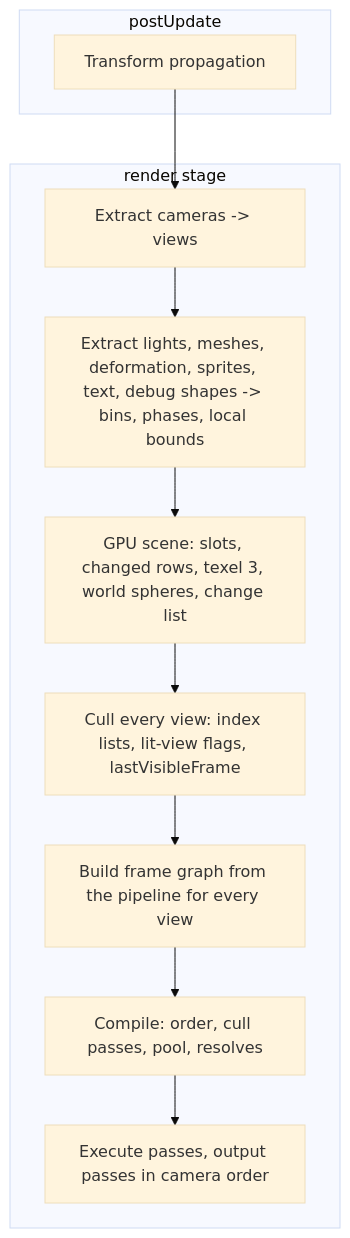
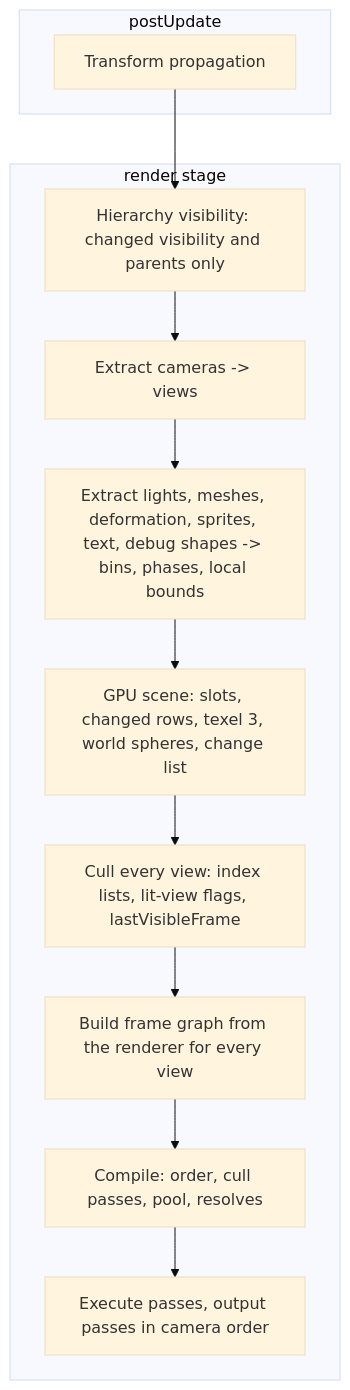
One commit to Forge-Game-Engine/Forge changed the diagram in design/3d/06-render-pipeline.md. Above: the diagram before and after it, drawn with Mermaid (base theme). The commit also changed other lines of this file and 16 other files, not shown here.

````diff
--- a/design/3d/06-render-pipeline.md
+++ b/design/3d/06-render-pipeline.md
@@ -252,16 +260,17 @@
 ```mermaid
 flowchart TB
   subgraph postUpdate
     T[Transform propagation]
   end
   subgraph render stage
+    H[Hierarchy visibility: changed visibility and parents only]
     E1[Extract cameras -> views]
     E2[Extract lights, meshes, deformation, sprites, text, debug shapes -> bins, phases, local bounds]
     G[GPU scene: slots, changed rows, texel 3, world spheres, change list]
     V[Cull every view: index lists, lit-view flags, lastVisibleFrame]
-    B[Build frame graph from the pipeline for every view]
+    B[Build frame graph from the renderer for every view]
     C[Compile: order, cull passes, pool, resolves]
     X[Execute passes, output passes in camera order]
   end
-  T --> E1 --> E2 --> G --> V --> B --> C --> X
+  T --> H --> E1 --> E2 --> G --> V --> B --> C --> X
 ```
````
